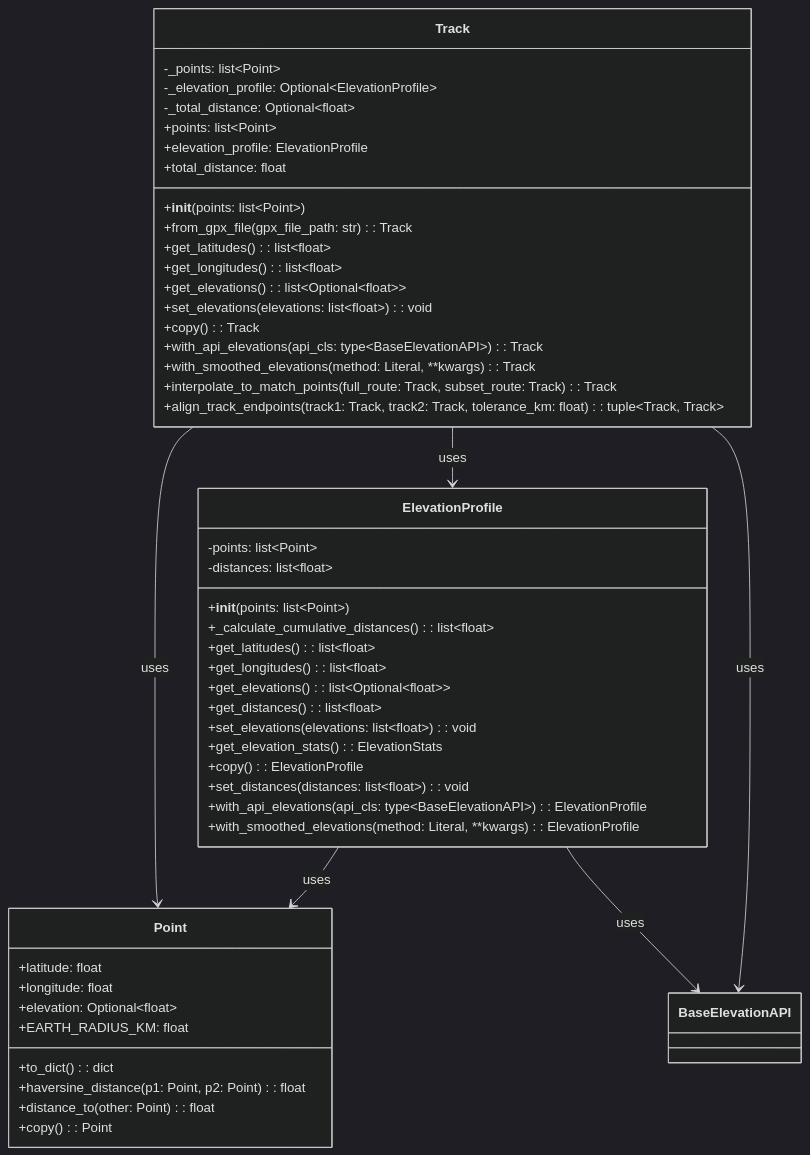
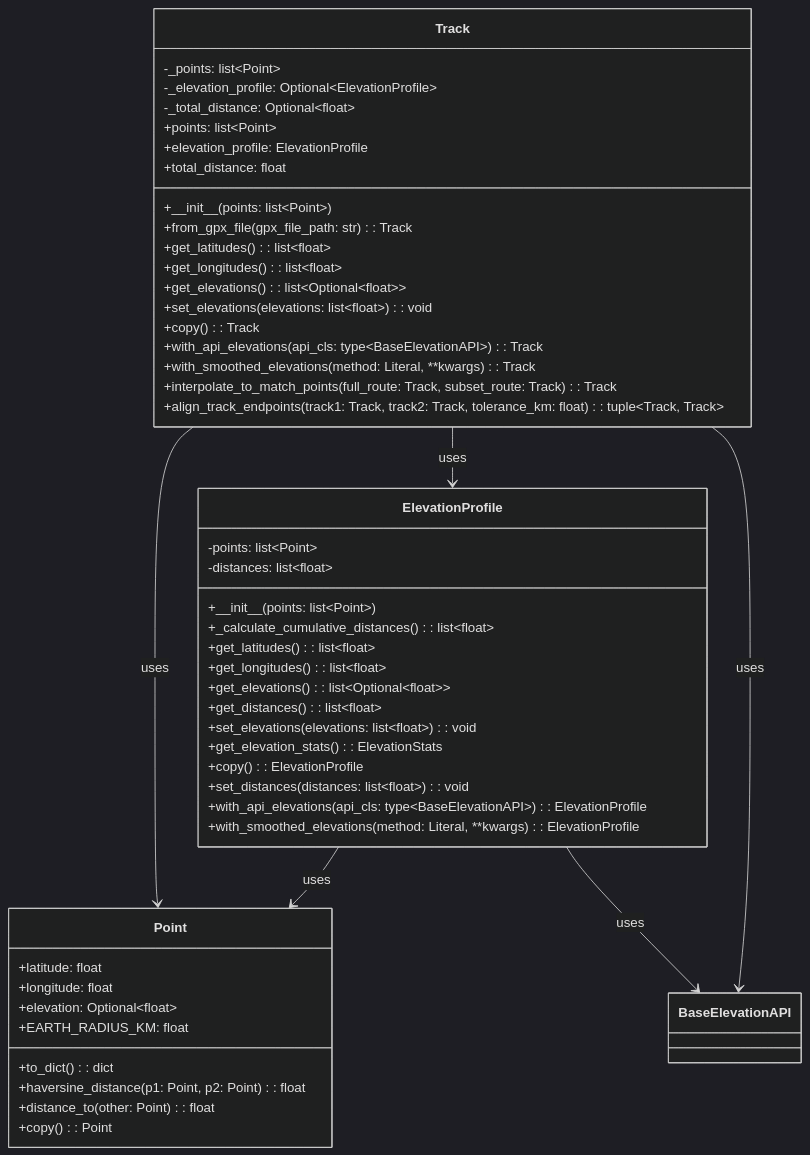
Before and after one commit to CAIProj/backend: the diagram in docs/models_class_diagram.md, drawn with Mermaid (dark theme). The commit also changed 1 other file, not shown here.

Commit message:
Fixed unintended bold formating of init in class diagram

````diff
--- a/docs/models_class_diagram.md
+++ b/docs/models_class_diagram.md
@@ -3,56 +3,56 @@
 ```mermaid
 classDiagram
     class Point {
         +latitude: float
         +longitude: float
         +elevation: Optional~float~
         +EARTH_RADIUS_KM: float
         +to_dict(): dict
         +haversine_distance(p1: Point, p2: Point): float
         +distance_to(other: Point): float
         +copy(): Point
     }
 
     class ElevationProfile {
         -points: list~Point~
         -distances: list~float~
-        +__init__(points: list~Point~)
+        +\_\_init\_\_(points: list~Point~)
         +_calculate_cumulative_distances(): list~float~
         +get_latitudes(): list~float~
         +get_longitudes(): list~float~
         +get_elevations(): list~Optional~float~~
         +get_distances(): list~float~
         +set_elevations(elevations: list~float~): void
         +get_elevation_stats(): ElevationStats
         +copy(): ElevationProfile
         +set_distances(distances: list~float~): void
         +with_api_elevations(api_cls: type~BaseElevationAPI~): ElevationProfile
         +with_smoothed_elevations(method: Literal, **kwargs): ElevationProfile
     }
 
     class Track {
         -_points: list~Point~
         -_elevation_profile: Optional~ElevationProfile~
         -_total_distance: Optional~float~
-        +__init__(points: list~Point~)
+        +\_\_init\_\_(points: list~Point~)
         +points: list~Point~
         +elevation_profile: ElevationProfile
         +total_distance: float
         +from_gpx_file(gpx_file_path: str): Track
         +get_latitudes(): list~float~
         +get_longitudes(): list~float~
         +get_elevations(): list~Optional~float~~
         +set_elevations(elevations: list~float~): void
         +copy(): Track
         +with_api_elevations(api_cls: type~BaseElevationAPI~): Track
         +with_smoothed_elevations(method: Literal, **kwargs): Track
         +interpolate_to_match_points(full_route: Track, subset_route: Track): Track
         +align_track_endpoints(track1: Track, track2: Track, tolerance_km: float): tuple~Track, Track~
     }
 
     ElevationProfile --> Point : uses
     ElevationProfile --> BaseElevationAPI : uses
     Track --> Point : uses
     Track --> ElevationProfile : uses
     Track --> BaseElevationAPI : uses
 ```
````
